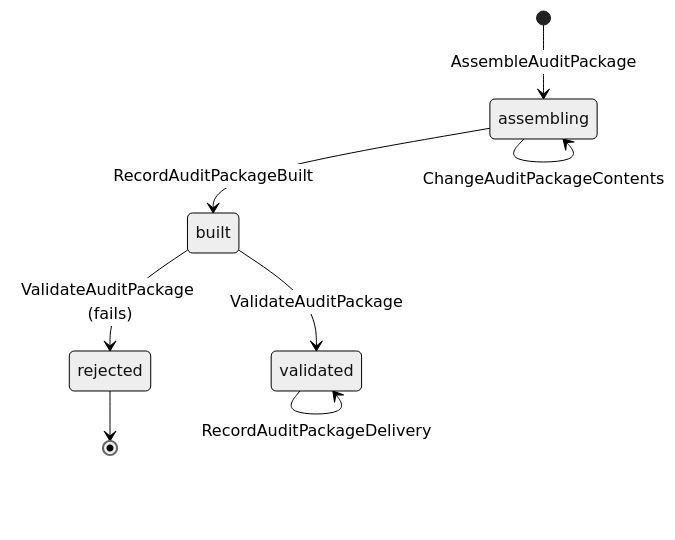
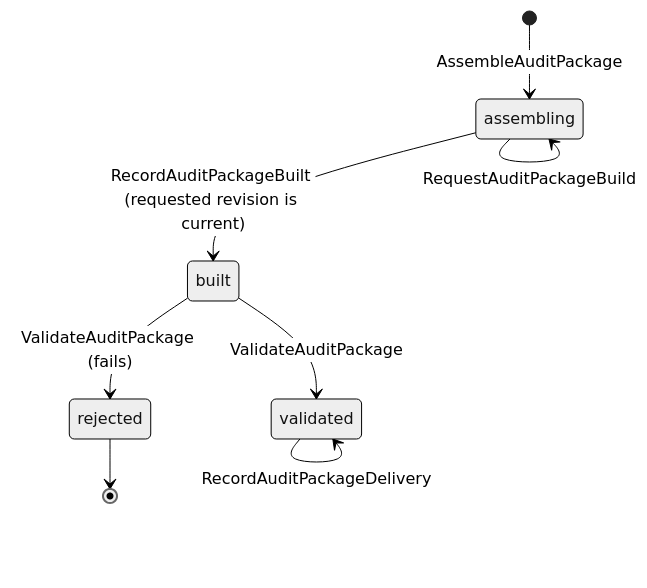
One commit to bdgrz/compliance-core changed the fourth of 7 diagrams in docs/proposed/contexts/auditor-collaboration.md. Above: the diagram before and after it, drawn with Mermaid (neutral theme). The commit also changed other lines of this file and 310 other files, not shown here.

````diff
--- a/docs/proposed/contexts/auditor-collaboration.md
+++ b/docs/proposed/contexts/auditor-collaboration.md
@@ -207,10 +219,11 @@
 ```mermaid
 stateDiagram-v2
     [*] --> assembling: AssembleAuditPackage
     assembling --> assembling: ChangeAuditPackageContents
-    assembling --> built: RecordAuditPackageBuilt
+    assembling --> assembling: RequestAuditPackageBuild
+    assembling --> built: RecordAuditPackageBuilt (requested revision is current)
     built --> validated: ValidateAuditPackage
     built --> rejected: ValidateAuditPackage (fails)
     validated --> validated: RecordAuditPackageDelivery
     rejected --> [*]
 ```
````
